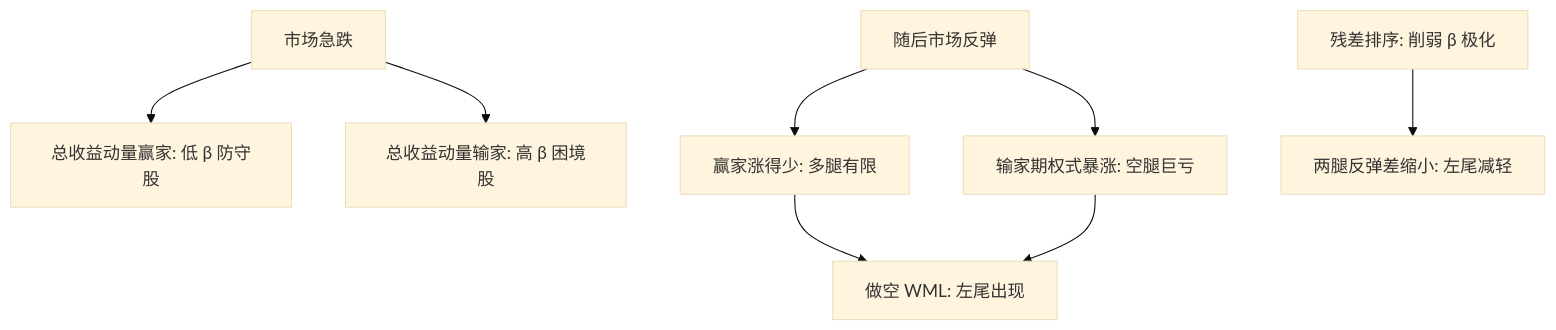
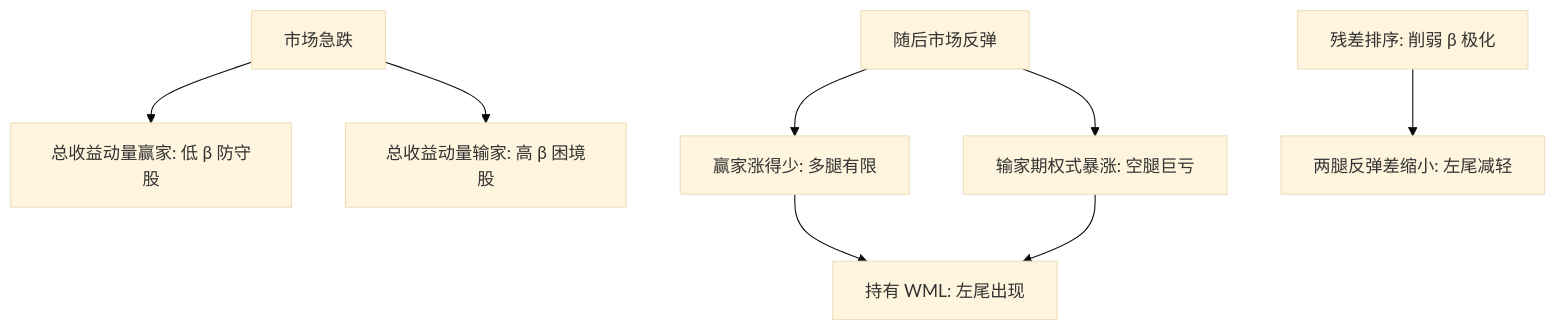
The first of 2 diagrams in docs/quant/residual-momentum.md (xhongduo-tech/xhongduo-tech.github.io), drawn with Mermaid (base theme) before and after one commit. The commit also changed 4 other files, not shown here.

````diff
--- a/docs/quant/residual-momentum.md
+++ b/docs/quant/residual-momentum.md
@@ -54,10 +54,10 @@
 ```mermaid
 flowchart TD
   BEAR["市场急跌"] --> WIN["总收益动量赢家: 低 β 防守股"]
   BEAR --> LOSE["总收益动量输家: 高 β 困境股"]
   REB["随后市场反弹"] --> W2["赢家涨得少: 多腿有限"]
   REB --> L2["输家期权式暴涨: 空腿巨亏"]
-  W2 --> CRASH["做空 WML: 左尾出现"]
+  W2 --> CRASH["持有 WML: 左尾出现"]
   L2 --> CRASH
   RES["残差排序: 削弱 β 极化"] --> MIT["两腿反弹差缩小: 左尾减轻"]
 ```
````
